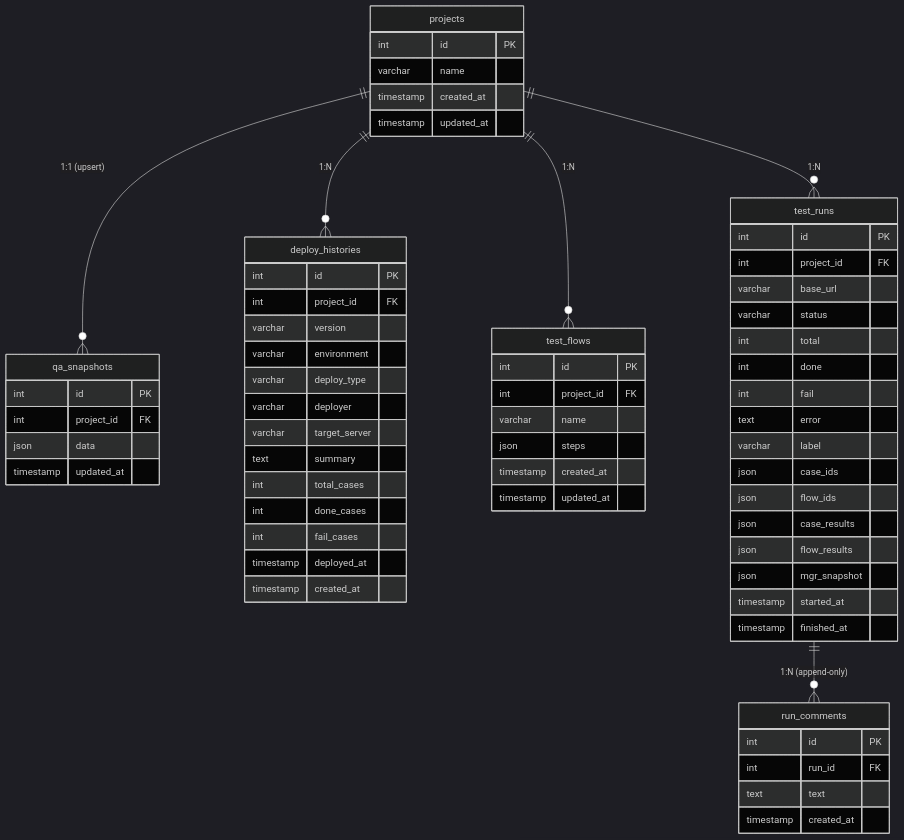
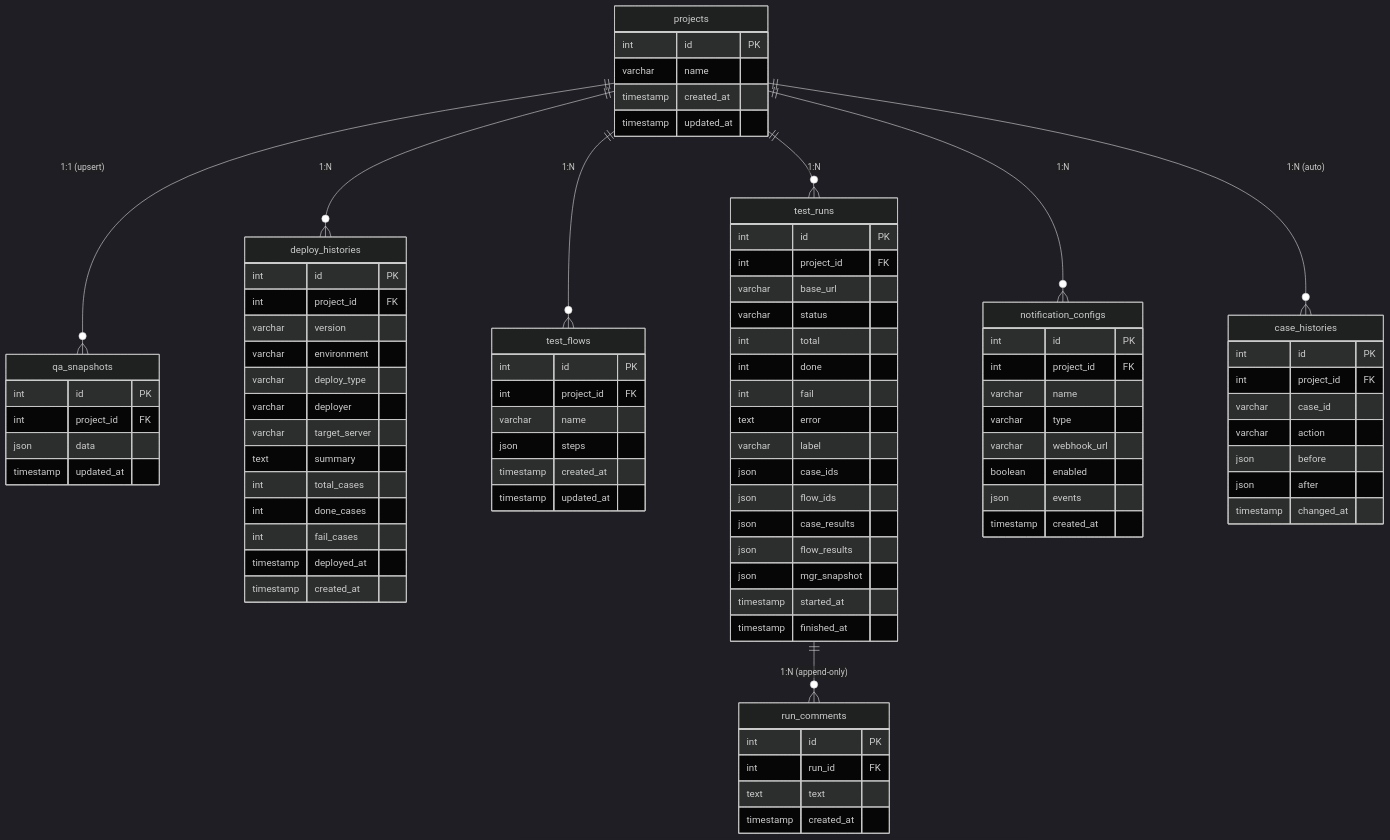
Before and after one commit to KIMjongYoun1/QASingle: the diagram in docs/ERD.md, drawn with Mermaid (dark theme). The commit also changed other lines of this file and 36 other files, not shown here.

````diff
--- a/docs/ERD.md
+++ b/docs/ERD.md
@@ -67,9 +67,32 @@
         timestamp created_at
     }
 
-    projects ||--o{ qa_snapshots       : "1:1 (upsert)"
-    projects ||--o{ deploy_histories   : "1:N"
-    projects ||--o{ test_flows         : "1:N"
-    projects ||--o{ test_runs          : "1:N"
-    test_runs ||--o{ run_comments      : "1:N (append-only)"
+    notification_configs {
+        int id PK
+        int project_id FK
+        varchar name
+        varchar type
+        varchar webhook_url
+        boolean enabled
+        json events
+        timestamp created_at
+    }
+
+    case_histories {
+        int id PK
+        int project_id FK
+        varchar case_id
+        varchar action
+        json before
+        json after
+        timestamp changed_at
+    }
+
+    projects ||--o{ qa_snapshots         : "1:1 (upsert)"
+    projects ||--o{ deploy_histories     : "1:N"
+    projects ||--o{ test_flows           : "1:N"
+    projects ||--o{ test_runs            : "1:N"
+    projects ||--o{ notification_configs : "1:N"
+    projects ||--o{ case_histories       : "1:N (auto)"
+    test_runs ||--o{ run_comments        : "1:N (append-only)"
 ```
````
